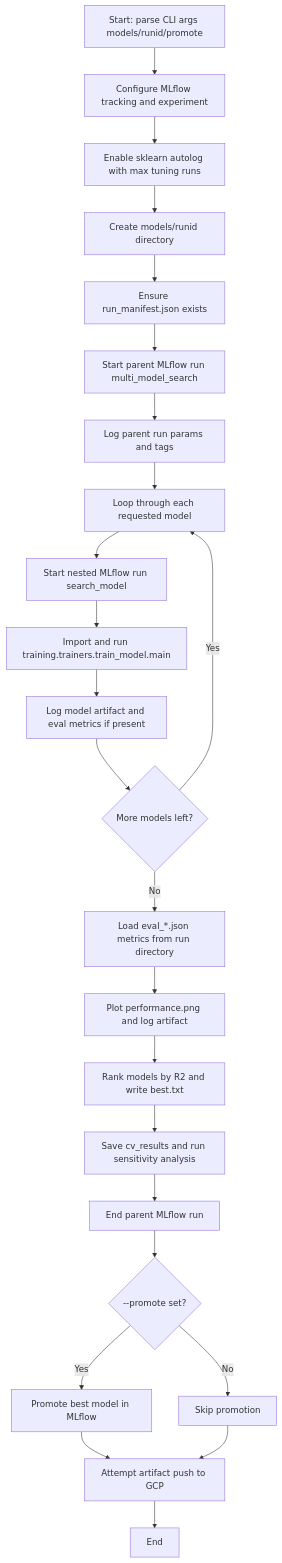
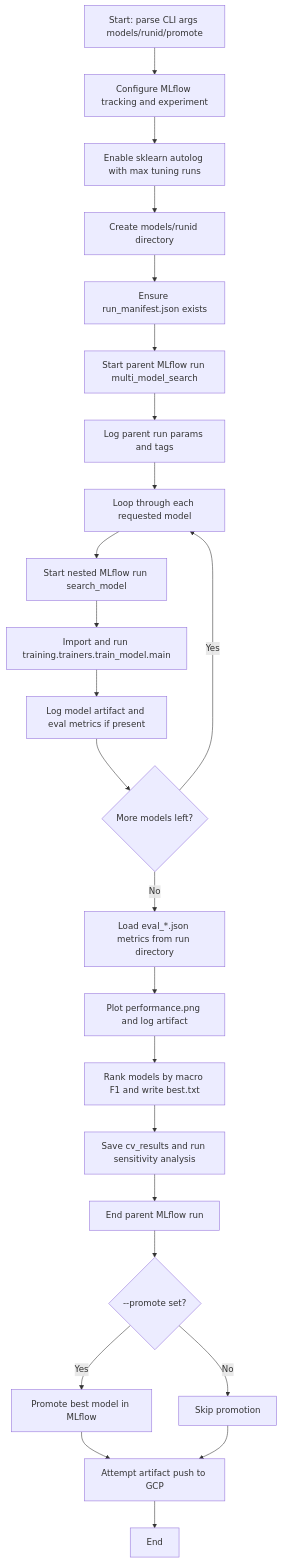
Before and after one commit to ALearningCurve/ticket-forge: the second of 2 diagrams in reports/01_ML_PIPELINE.md, drawn with Mermaid. The commit also changed other lines of this file and 3 other files, not shown here.

````diff
--- a/reports/01_ML_PIPELINE.md
+++ b/reports/01_ML_PIPELINE.md
@@ -245,27 +244,27 @@
 ```mermaid
 flowchart TD
   A[Start: parse CLI args models/runid/promote] --> B[Configure MLflow tracking and experiment]
   B --> C[Enable sklearn autolog with max tuning runs]
   C --> D[Create models/runid directory]
   D --> E[Ensure run_manifest.json exists]
   E --> F[Start parent MLflow run multi_model_search]
   F --> G[Log parent run params and tags]
   G --> H[Loop through each requested model]
   H --> I[Start nested MLflow run search_model]
   I --> J[Import and run training.trainers.train_model.main]
   J --> K[Log model artifact and eval metrics if present]
   K --> L{More models left?}
   L -- Yes --> H
   L -- No --> M[Load eval_*.json metrics from run directory]
   M --> N[Plot performance.png and log artifact]
-  N --> O[Rank models by R2 and write best.txt]
+  N --> O[Rank models by macro F1 and write best.txt]
   O --> P[Save cv_results and run sensitivity analysis]
   P --> Q[End parent MLflow run]
 
   Q --> R{--promote set?}
   R -- Yes --> S[Promote best model in MLflow]
   R -- No --> T[Skip promotion]
   S --> U[Attempt artifact push to GCP]
   T --> U
   U --> V[End]
 ```
````
